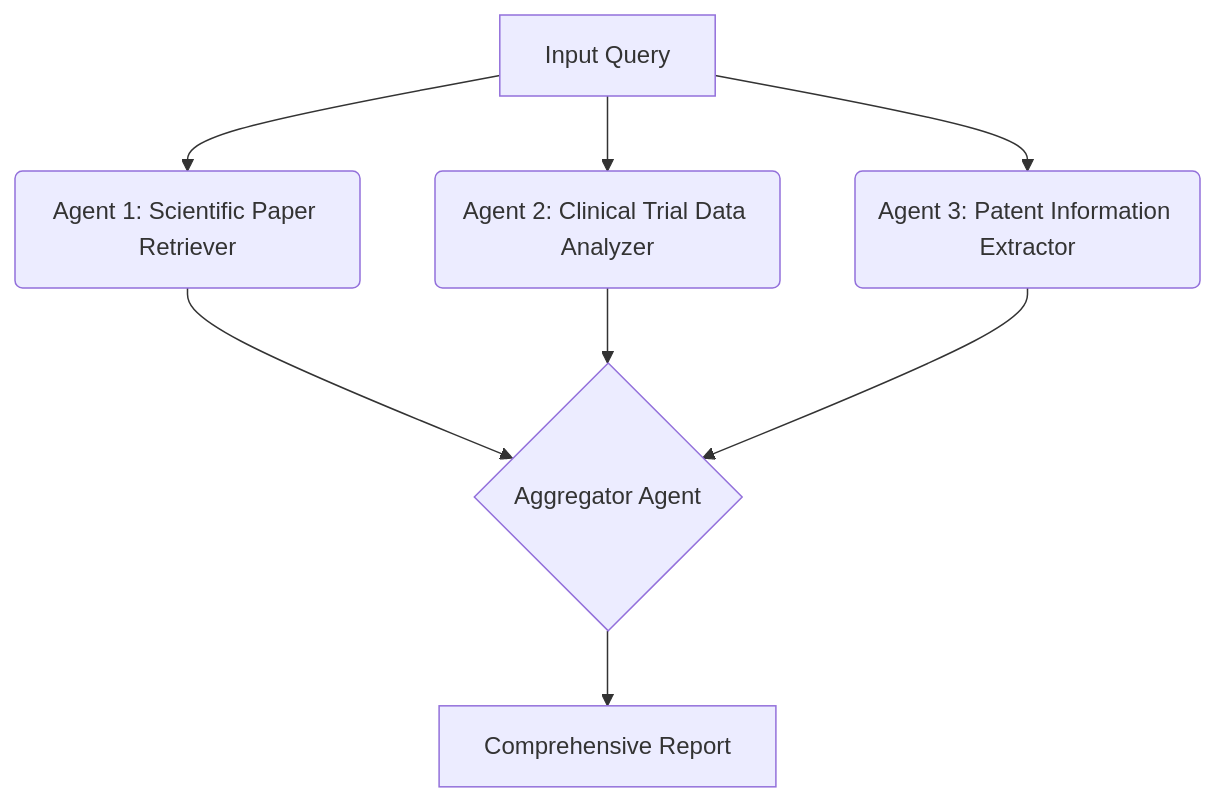
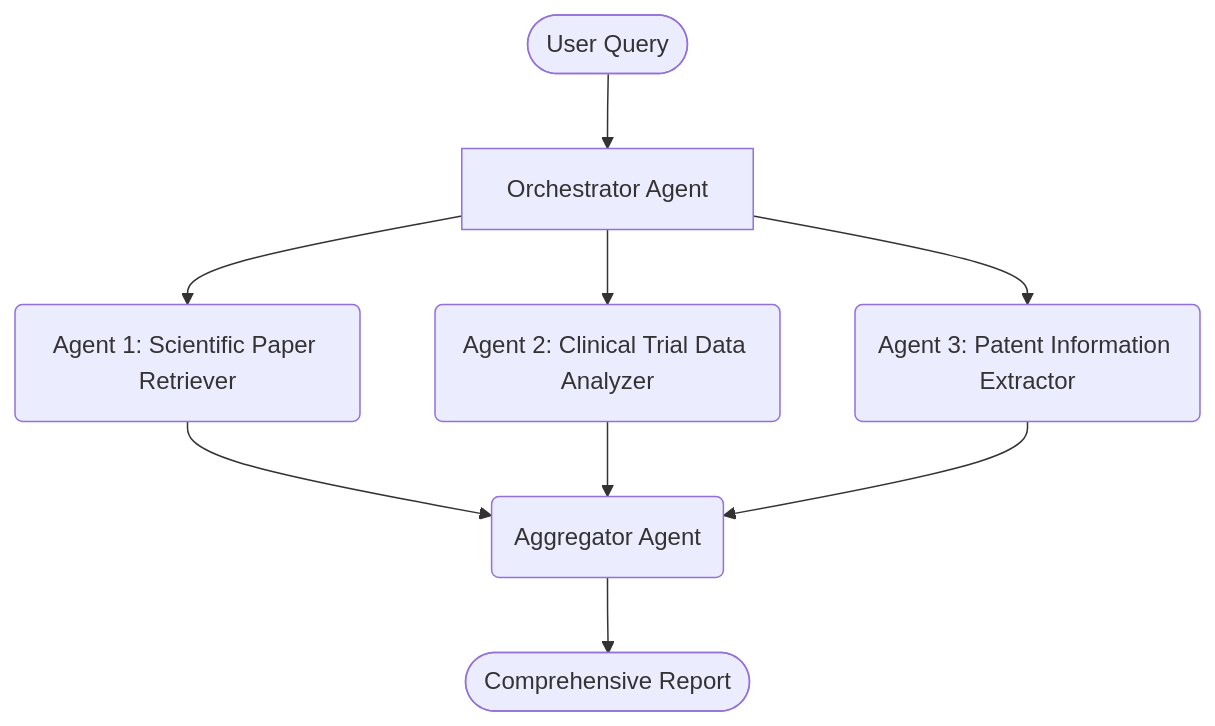
One commit to sep/ai-agent-swarm changed the diagram in aggregation/README.md. Above: the diagram before and after it, drawn with Mermaid. The commit also changed other lines of this file and 7 other files, not shown here.

````diff
--- a/aggregation/README.md
+++ b/aggregation/README.md
@@ -9,12 +10,13 @@
 ```mermaid
-flowchart TB
-    A[Input Query] --> B(Agent 1: Scientific Paper Retriever)
+flowchart TB  
+    Z([User Query]) --> A
+    A[Orchestrator Agent] --> B(Agent 1: Scientific Paper Retriever)
     A --> C(Agent 2: Clinical Trial Data Analyzer)
     A --> D(Agent 3: Patent Information Extractor)
 
-    B --> E{Aggregator Agent}
+    B --> E(Aggregator Agent)
     C --> E
     D --> E
 
-    E --> F[Comprehensive Report]
+    E --> F([Comprehensive Report])
 ```
````
